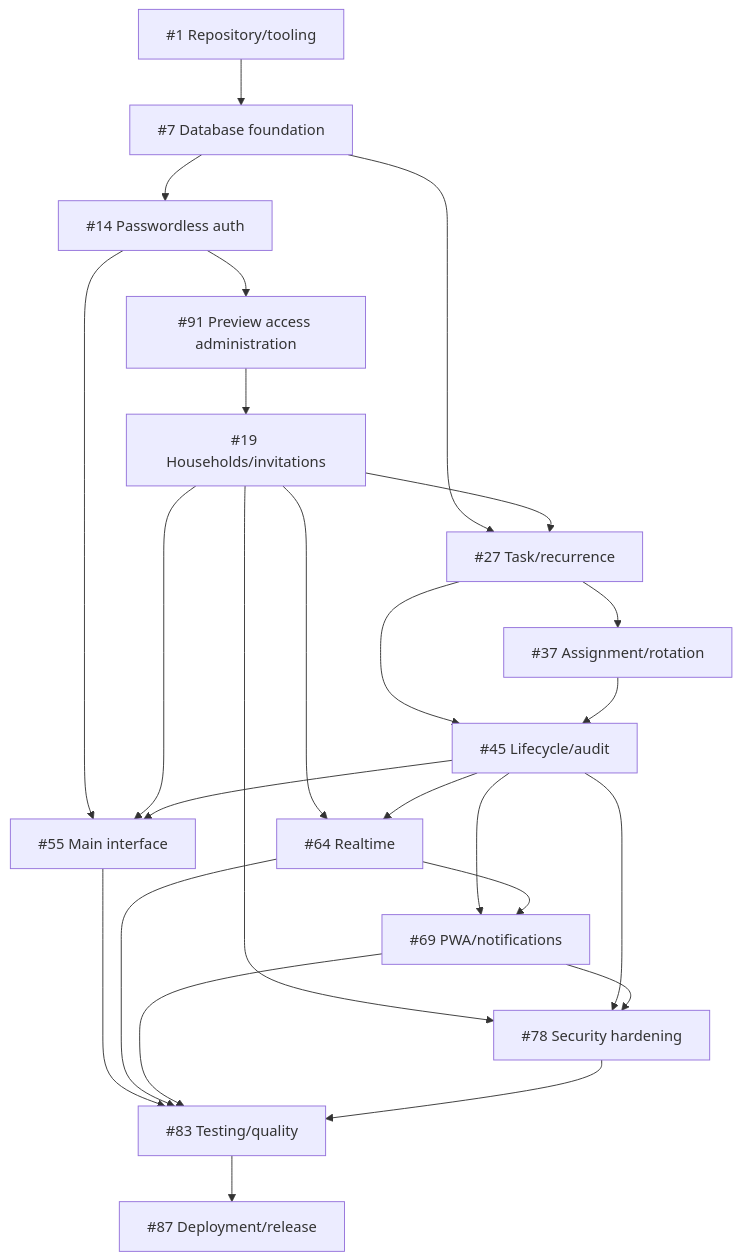
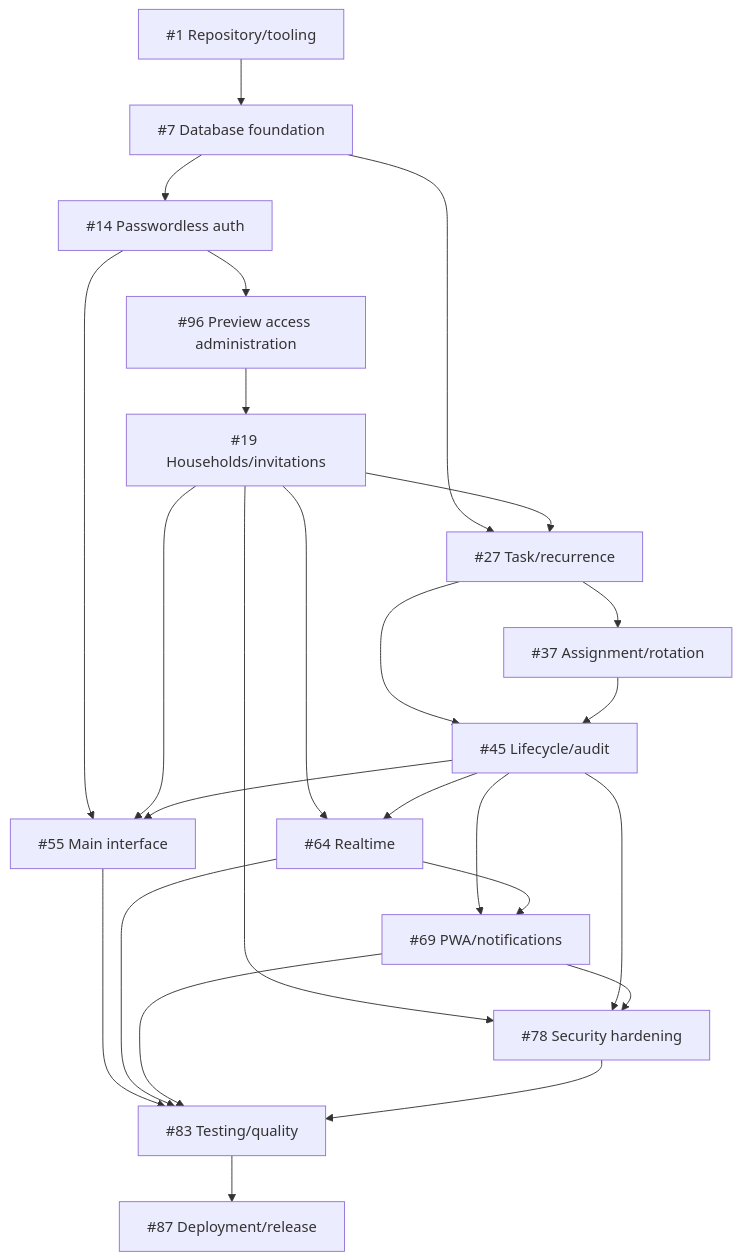
The diagram in DEPENDENCY_MAP.md (christopherrbrown3/hometeam), drawn with Mermaid before and after one commit. The commit also changed other lines of this file and 3 other files, not shown here.

Commit message:
docs: reserve preview access issue numbers

````diff
--- a/DEPENDENCY_MAP.md
+++ b/DEPENDENCY_MAP.md
@@ -22,27 +22,27 @@
 ```mermaid
 flowchart TD
     E1["#1 Repository/tooling"] --> E7["#7 Database foundation"]
     E7 --> E14["#14 Passwordless auth"]
-    E14 --> E91["#91 Preview access administration"]
-    E91 --> E19["#19 Households/invitations"]
+    E14 --> E96["#96 Preview access administration"]
+    E96 --> E19["#19 Households/invitations"]
     E7 --> E27["#27 Task/recurrence"]
     E19 --> E27
     E27 --> E37["#37 Assignment/rotation"]
     E27 --> E45["#45 Lifecycle/audit"]
     E37 --> E45
     E14 --> E55["#55 Main interface"]
     E19 --> E55
     E45 --> E55
     E19 --> E64["#64 Realtime"]
     E45 --> E64
     E45 --> E69["#69 PWA/notifications"]
     E64 --> E69
     E19 --> E78["#78 Security hardening"]
     E45 --> E78
     E69 --> E78
     E55 --> E83["#83 Testing/quality"]
     E64 --> E83
     E69 --> E83
     E78 --> E83
     E83 --> E87["#87 Deployment/release"]
 ```
````
